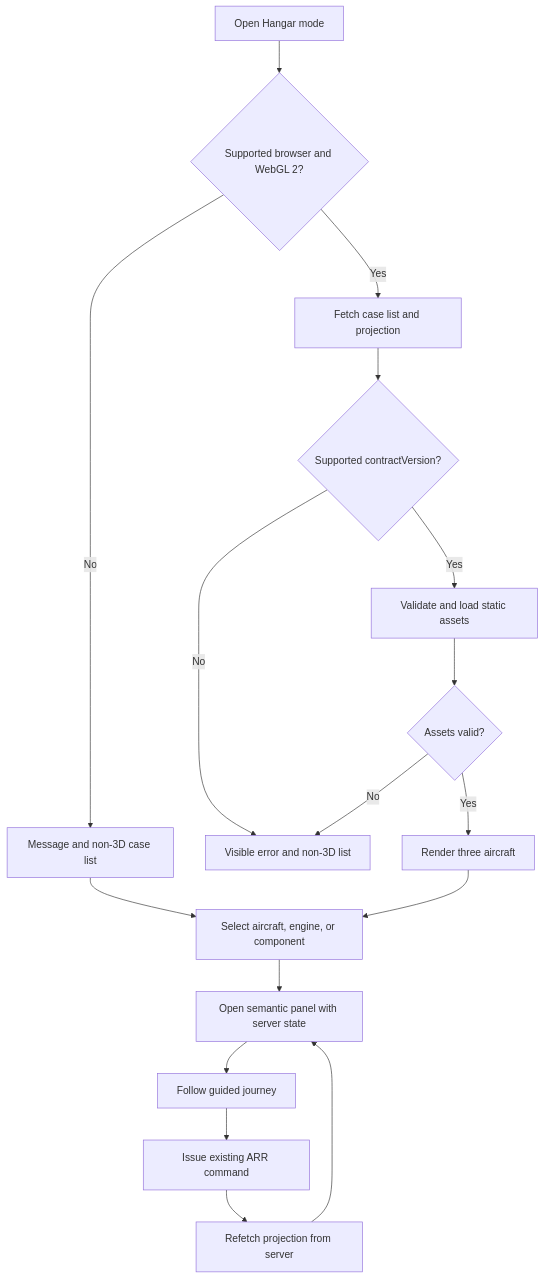
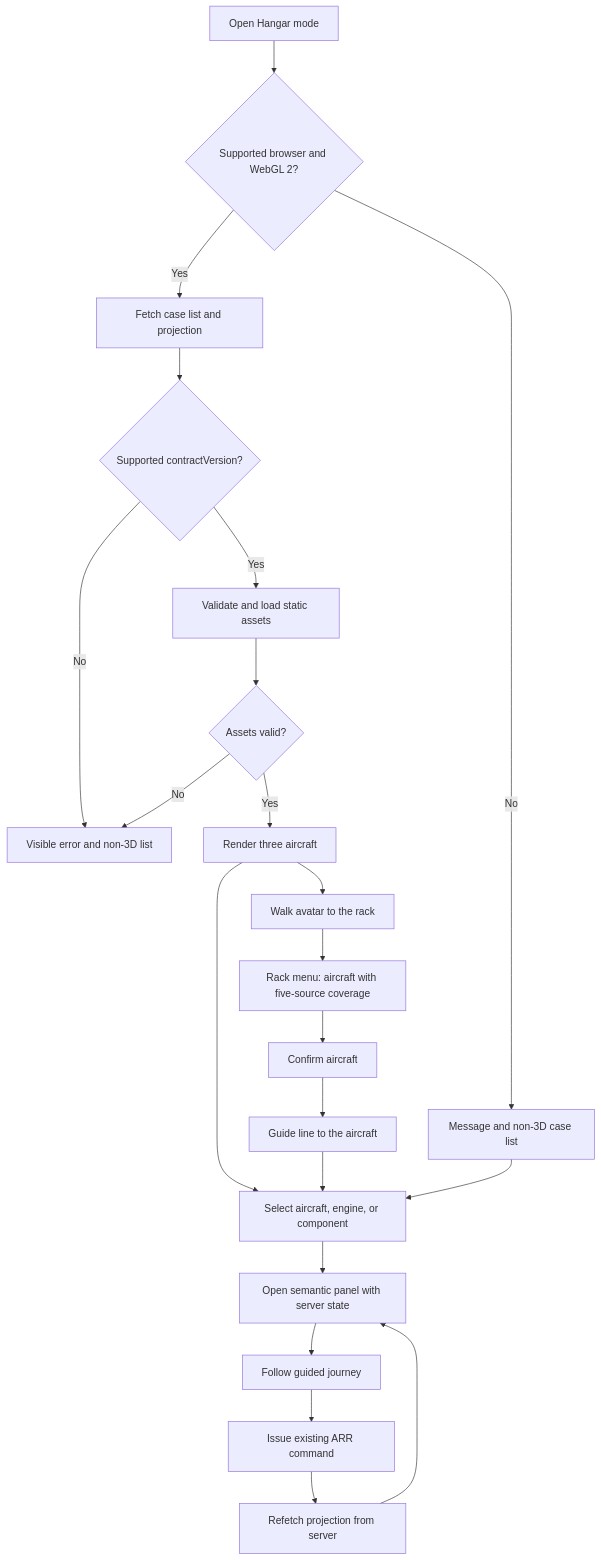
Before and after one commit to wesback/airlinedemo: the diagram in docs/prd/aircraft-hangar-3d.md, drawn with Mermaid. The commit also changed other lines of this file, not shown here.

Commit message:
docs(prd): add the Data Room (rack, walkable avatar, menu, guide line) to the 3D hangar PRD, v0.3.0

````diff
--- a/docs/prd/aircraft-hangar-3d.md
+++ b/docs/prd/aircraft-hangar-3d.md
@@ -216,19 +245,24 @@
 ```mermaid
 flowchart TD
     A[Open Hangar mode] --> B{Supported browser and WebGL 2?}
     B -- No --> C[Message and non-3D case list]
     B -- Yes --> D[Fetch case list and projection]
     D --> E{Supported contractVersion?}
     E -- No --> F[Visible error and non-3D list]
     E -- Yes --> G[Validate and load static assets]
     G --> H{Assets valid?}
     H -- No --> F
     H -- Yes --> I[Render three aircraft]
     I --> J[Select aircraft, engine, or component]
     J --> K[Open semantic panel with server state]
     K --> L[Follow guided journey]
     L --> M[Issue existing ARR command]
     M --> N[Refetch projection from server]
     N --> K
+    I --> R[Walk avatar to the rack]
+    R --> S[Rack menu: aircraft with five-source coverage]
+    S --> T[Confirm aircraft]
+    T --> U[Guide line to the aircraft]
+    U --> J
     C --> J
 ```
````
